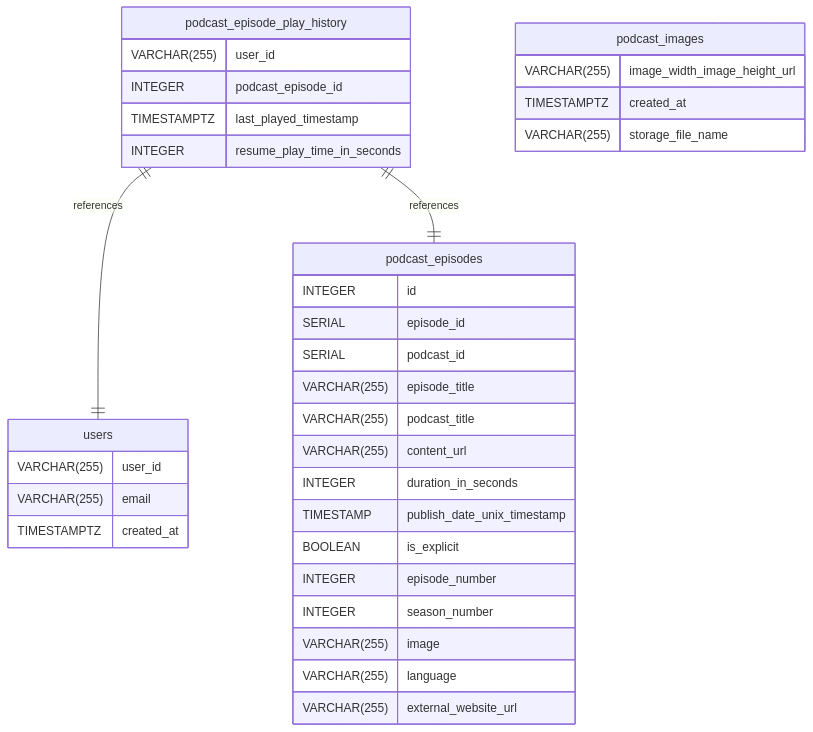
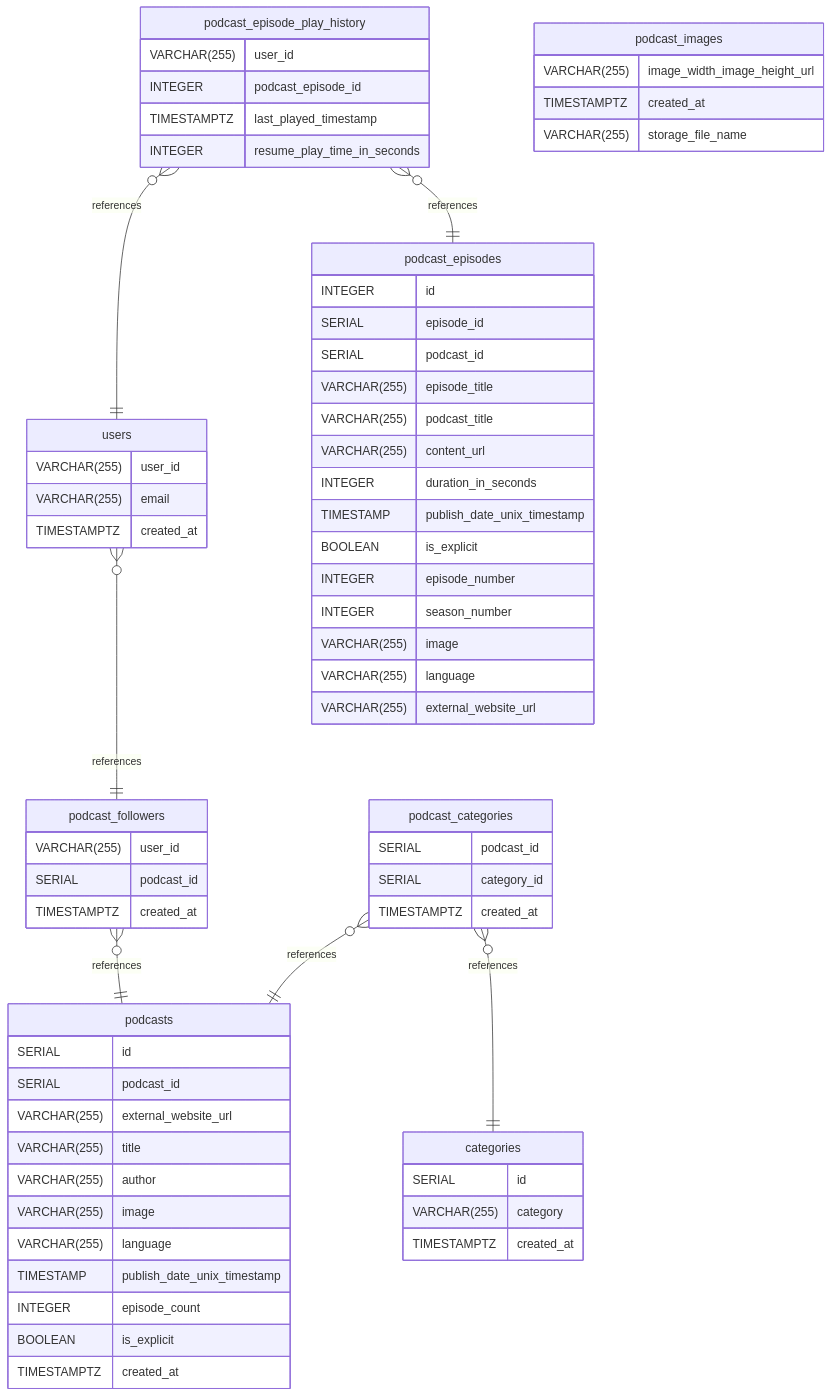
The diagram in ER_diagram.md (JeremyLoh/xtal), drawn with Mermaid before and after one commit. The commit also changed other lines of this file and 1 other file, not shown here.

Commit message:
chore: update backend database ER diagrams

````diff
--- a/ER_diagram.md
+++ b/ER_diagram.md
@@ -76,41 +125,77 @@
 ```mermaid
 erDiagram
-	podcast_episode_play_history ||--|| users : references
-	podcast_episode_play_history ||--|| podcast_episodes : references
+	podcast_episode_play_history }o--|| users : references
+	podcast_episode_play_history }o--|| podcast_episodes : references
+	users }o--|| podcast_followers : references
+	podcast_categories }o--|| categories : references
+	podcast_followers }o--|| podcasts : references
+	podcast_categories }o--|| podcasts : references
 
 	podcast_images {
 		VARCHAR(255) image_width_image_height_url
 		TIMESTAMPTZ created_at
 		VARCHAR(255) storage_file_name
 	}
 
 	users {
 		VARCHAR(255) user_id
 		VARCHAR(255) email
 		TIMESTAMPTZ created_at
 	}
 
 	podcast_episodes {
 		INTEGER id
 		SERIAL episode_id
 		SERIAL podcast_id
 		VARCHAR(255) episode_title
 		VARCHAR(255) podcast_title
 		VARCHAR(255) content_url
 		INTEGER duration_in_seconds
 		TIMESTAMP publish_date_unix_timestamp
 		BOOLEAN is_explicit
 		INTEGER episode_number
 		INTEGER season_number
 		VARCHAR(255) image
 		VARCHAR(255) language
 		VARCHAR(255) external_website_url
 	}
 
 	podcast_episode_play_history {
 		VARCHAR(255) user_id
 		INTEGER podcast_episode_id
 		TIMESTAMPTZ last_played_timestamp
 		INTEGER resume_play_time_in_seconds
 	}
+
+	podcasts {
+		SERIAL id
+		SERIAL podcast_id
+		VARCHAR(255) external_website_url
+		VARCHAR(255) title
+		VARCHAR(255) author
+		VARCHAR(255) image
+		VARCHAR(255) language
+		TIMESTAMP publish_date_unix_timestamp
+		INTEGER episode_count
+		BOOLEAN is_explicit
+		TIMESTAMPTZ created_at
+	}
+
+	podcast_categories {
+		SERIAL podcast_id
+		SERIAL category_id
+		TIMESTAMPTZ created_at
+	}
+
+	podcast_followers {
+		VARCHAR(255) user_id
+		SERIAL podcast_id
+		TIMESTAMPTZ created_at
+	}
+
+	categories {
+		SERIAL id
+		VARCHAR(255) category
+		TIMESTAMPTZ created_at
+	}
 ```
````
